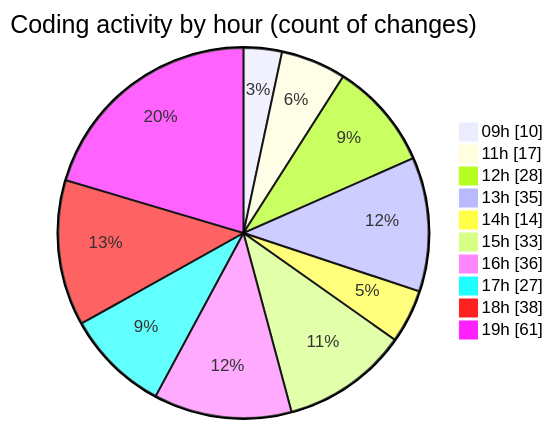
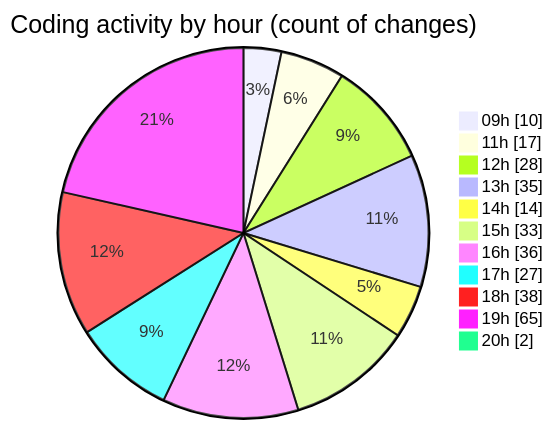
The second of 2 diagrams in 2026-05-07/cda/README.md (momahboobian/code-tracking), drawn with Mermaid before and after one commit. The commit also changed other lines of this file and 1 other file, not shown here.

````diff
--- a/2026-05-07/cda/README.md
+++ b/2026-05-07/cda/README.md
@@ -58,14 +60,15 @@
 ```mermaid
 pie showData
 title Coding activity by hour (count of changes)
 "09h" : 10
 "11h" : 17
 "12h" : 28
 "13h" : 35
 "14h" : 14
 "15h" : 33
 "16h" : 36
 "17h" : 27
 "18h" : 38
-"19h" : 61
+"19h" : 65
+"20h" : 2
 ```
````
